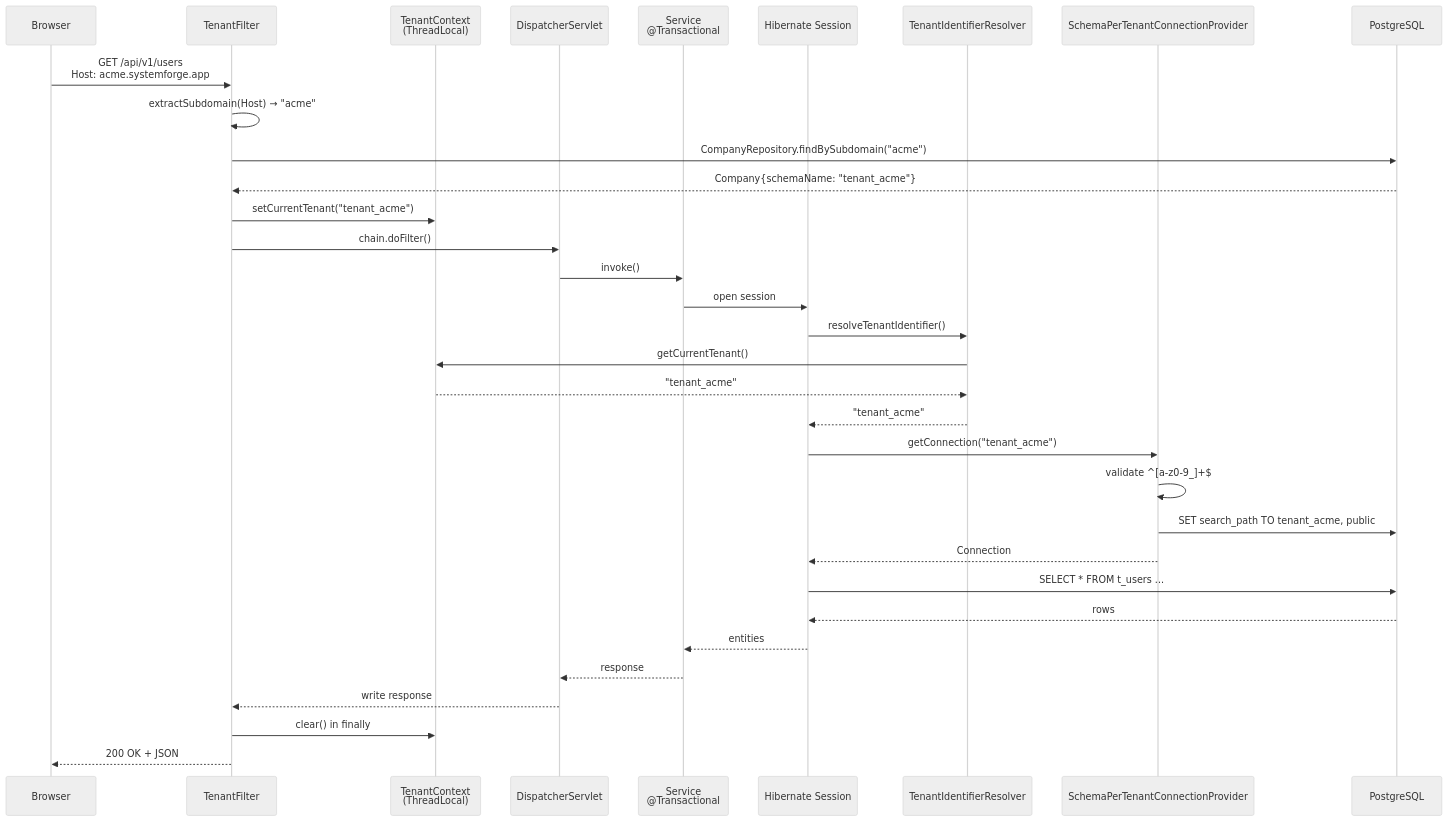
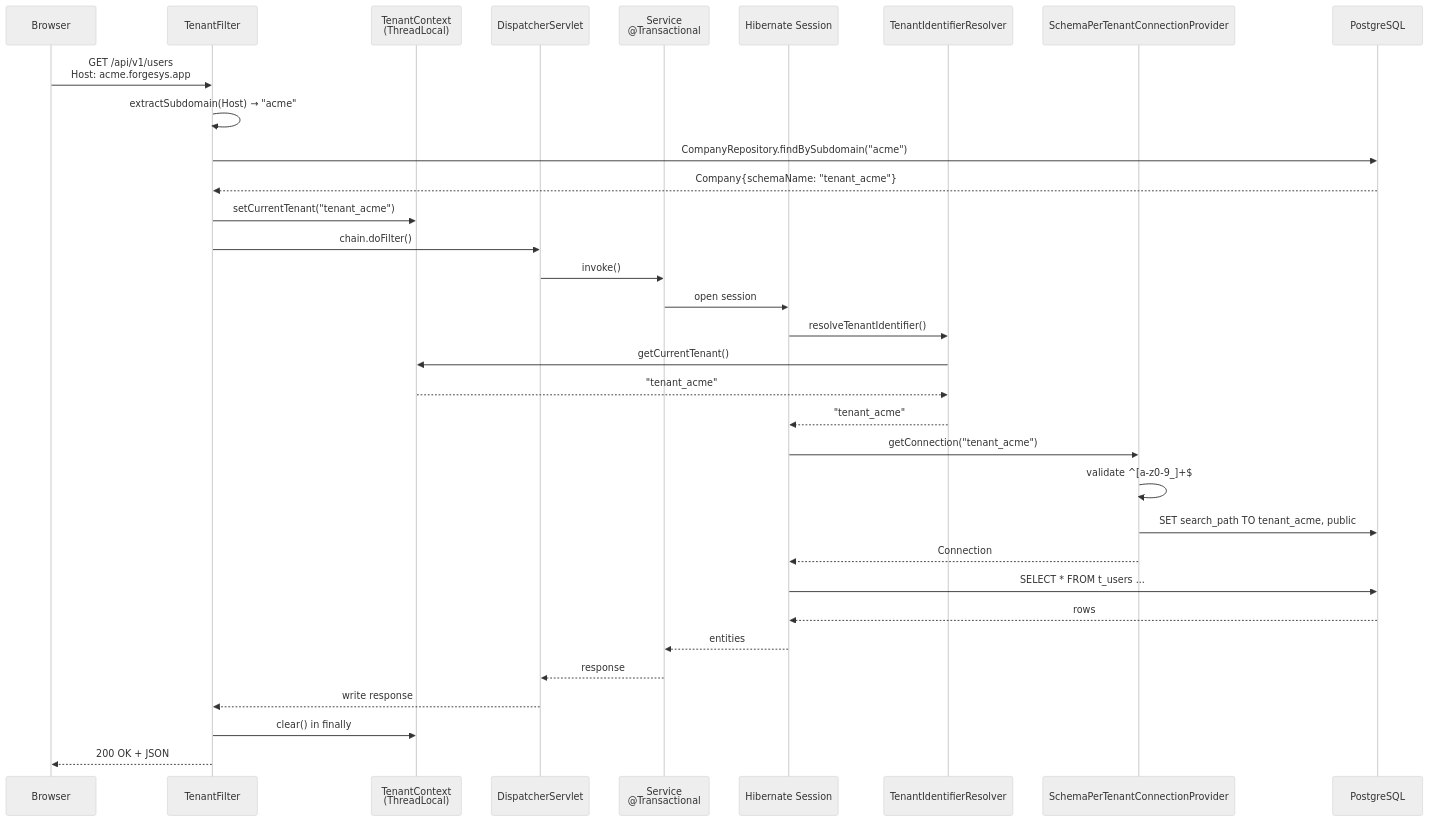
The second of 5 diagrams in docs/ARCHITECTURE.md (ibrhalil/forgesys), drawn with Mermaid (neutral theme) before and after one commit. The commit also changed other lines of this file and 252 other files, not shown here.

First line of the commit message:
refactor: rename project from systemforge to forgesys

````diff
--- a/docs/ARCHITECTURE.md
+++ b/docs/ARCHITECTURE.md
@@ -39,36 +39,36 @@
 ```mermaid
 sequenceDiagram
     participant B as Browser
     participant TF as TenantFilter
     participant CTX as TenantContext<br/>(ThreadLocal)
     participant DS as DispatcherServlet
     participant SVC as Service<br/>@Transactional
     participant H as Hibernate Session
     participant RES as TenantIdentifierResolver
     participant CP as SchemaPerTenantConnectionProvider
     participant DB as PostgreSQL
 
-    B->>TF: GET /api/v1/users<br/>Host: acme.systemforge.app
+    B->>TF: GET /api/v1/users<br/>Host: acme.forgesys.app
     TF->>TF: extractSubdomain(Host) → "acme"
     TF->>DB: CompanyRepository.findBySubdomain("acme")
     DB-->>TF: Company{schemaName: "tenant_acme"}
     TF->>CTX: setCurrentTenant("tenant_acme")
     TF->>DS: chain.doFilter()
     DS->>SVC: invoke()
     SVC->>H: open session
     H->>RES: resolveTenantIdentifier()
     RES->>CTX: getCurrentTenant()
     CTX-->>RES: "tenant_acme"
     RES-->>H: "tenant_acme"
     H->>CP: getConnection("tenant_acme")
     CP->>CP: validate ^[a-z0-9_]+$
     CP->>DB: SET search_path TO tenant_acme, public
     CP-->>H: Connection
     H->>DB: SELECT * FROM t_users ...
     DB-->>H: rows
     H-->>SVC: entities
     SVC-->>DS: response
     DS-->>TF: write response
     TF->>CTX: clear() in finally
     TF-->>B: 200 OK + JSON
 ```
````
